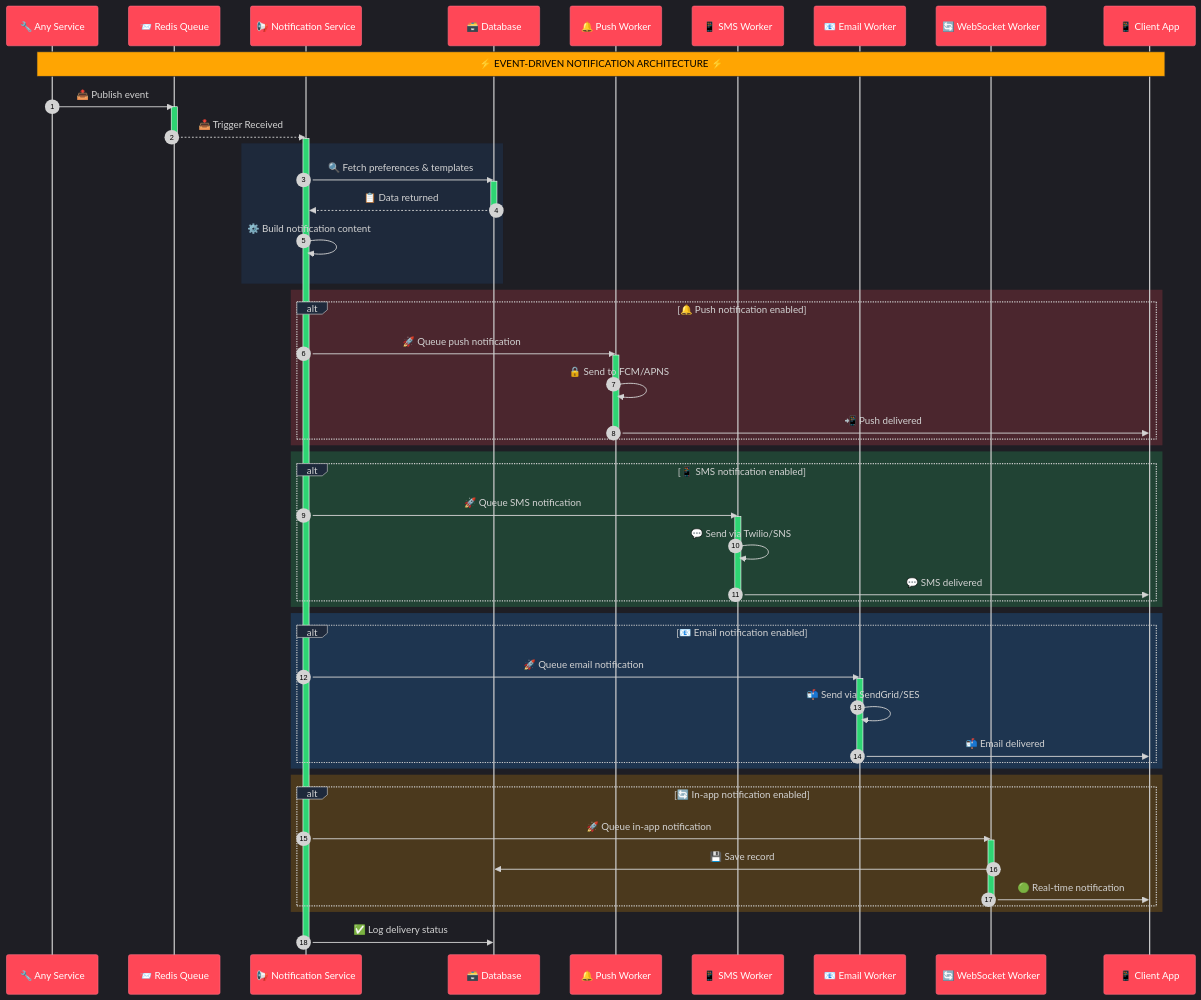
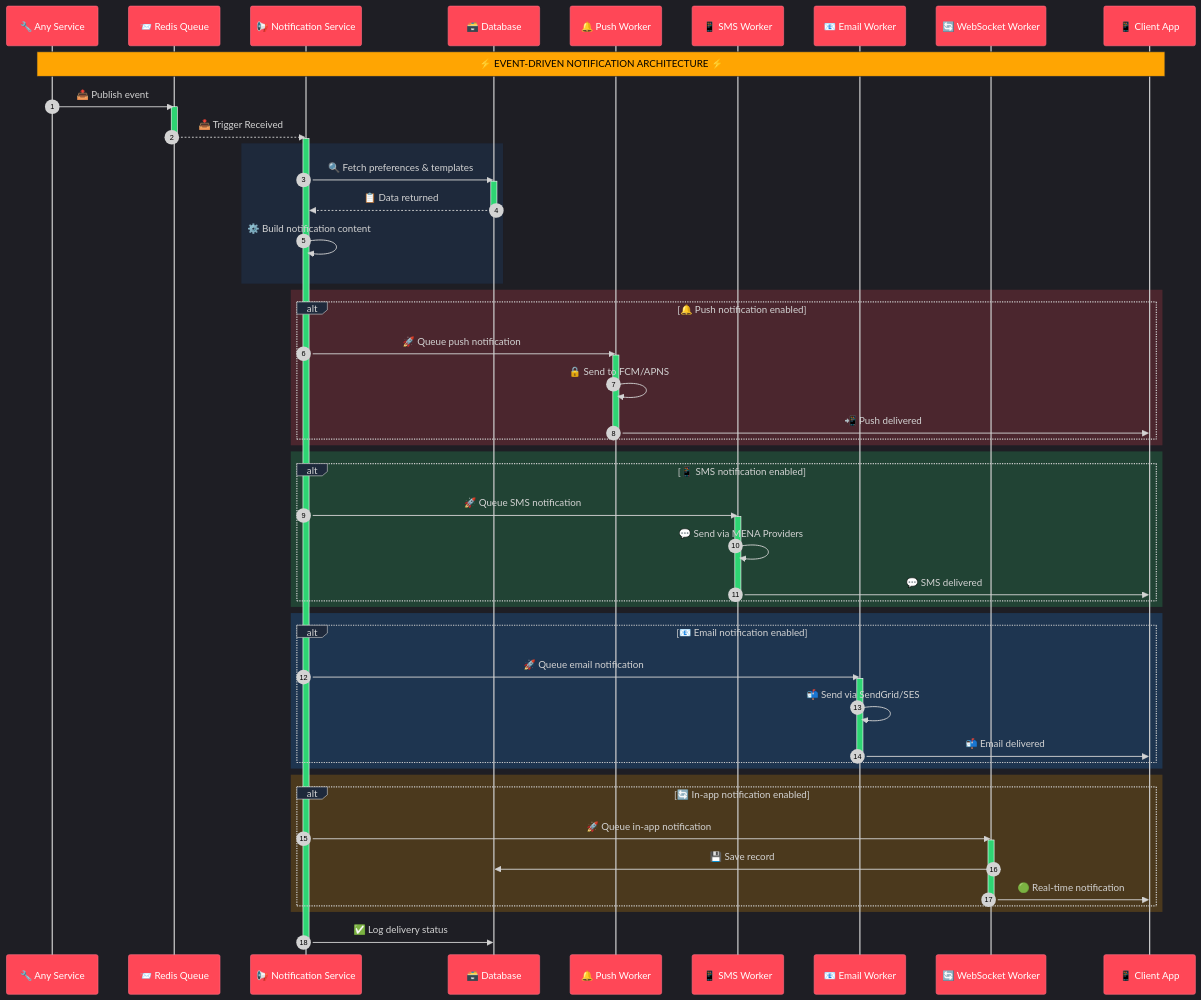
The second of 2 diagrams in diagrams/notification-architecture.md (abdoElHodaky/larvrevrstender), drawn with Mermaid before and after one commit. The commit also changed other lines of this file, not shown here.

First line of the commit message:
📚 DOCS: Fix notification architecture diagram Twilio references

```diff
--- a/diagrams/notification-architecture.md
+++ b/diagrams/notification-architecture.md
@@ -187,7 +187,7 @@
     alt 📱 SMS notification enabled
         NS->>SMS: 🚀 Queue SMS notification
         activate SMS
-        SMS->>SMS: 💬 Send via Twilio/SNS
+        SMS->>SMS: 💬 Send via MENA Providers
         SMS->>Client: 💬 SMS delivered
         deactivate SMS
     end
```
